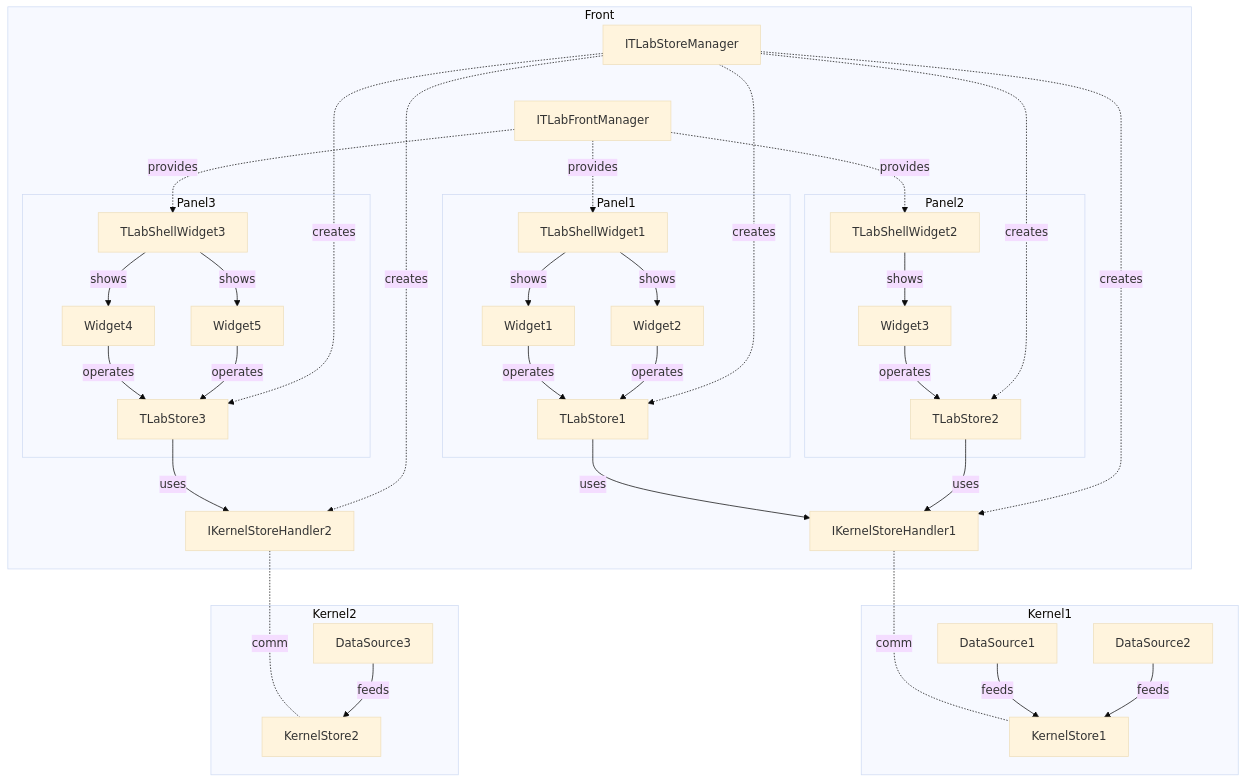
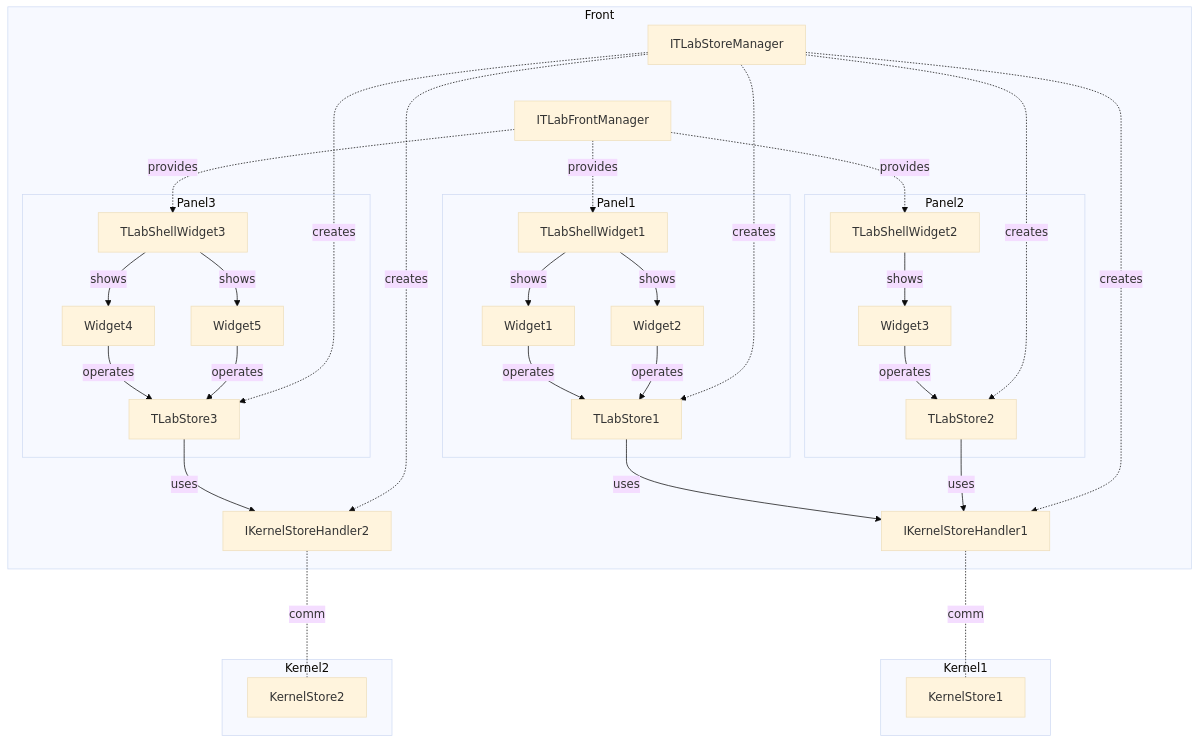
The first of 7 diagrams in docs/architecture.md (twiinIT/tlab), drawn with Mermaid (base theme) before and after one commit. The commit also changed other lines of this file and 22 other files, not shown here.

````diff
--- a/docs/architecture.md
+++ b/docs/architecture.md
@@ -10,41 +5,38 @@
 ```mermaid
 flowchart
     subgraph Front
         subgraph Panel1
             TLabShellWidget1 --> |shows| Widget1
             TLabShellWidget1 --> |shows| Widget2
             Widget1 --> |operates| TLabStore1
             Widget2 --> |operates| TLabStore1
         end
         subgraph Panel2
             TLabShellWidget2 --> |shows| Widget3
             Widget3 --> |operates| TLabStore2
         end
         subgraph Panel3
             TLabShellWidget3 --> |shows| Widget4
             TLabShellWidget3 --> |shows| Widget5
             Widget4 --> |operates| TLabStore3
             Widget5 --> |operates| TLabStore3
         end
         TLabStore1 --> |uses| IKernelStoreHandler1
         TLabStore2 --> |uses| IKernelStoreHandler1
         TLabStore3 --> |uses| IKernelStoreHandler2
         ITLabStoreManager ....-> |creates| TLabStore1
         ITLabStoreManager ....-> |creates| TLabStore2
         ITLabStoreManager ....-> |creates| TLabStore3
         ITLabStoreManager ....-> |creates| IKernelStoreHandler1
         ITLabStoreManager ....-> |creates| IKernelStoreHandler2
         ITLabFrontManager .-> |provides| TLabShellWidget1
         ITLabFrontManager .-> |provides| TLabShellWidget2
         ITLabFrontManager .-> |provides| TLabShellWidget3
     end
     subgraph Kernel1
         IKernelStoreHandler1 ..- |comm| KernelStore1
-        DataSource1 --> |feeds| KernelStore1
-        DataSource2 --> |feeds| KernelStore1
     end
     subgraph Kernel2
         IKernelStoreHandler2 ..- |comm| KernelStore2
-        DataSource3 --> |feeds| KernelStore2
     end
 ```
````
